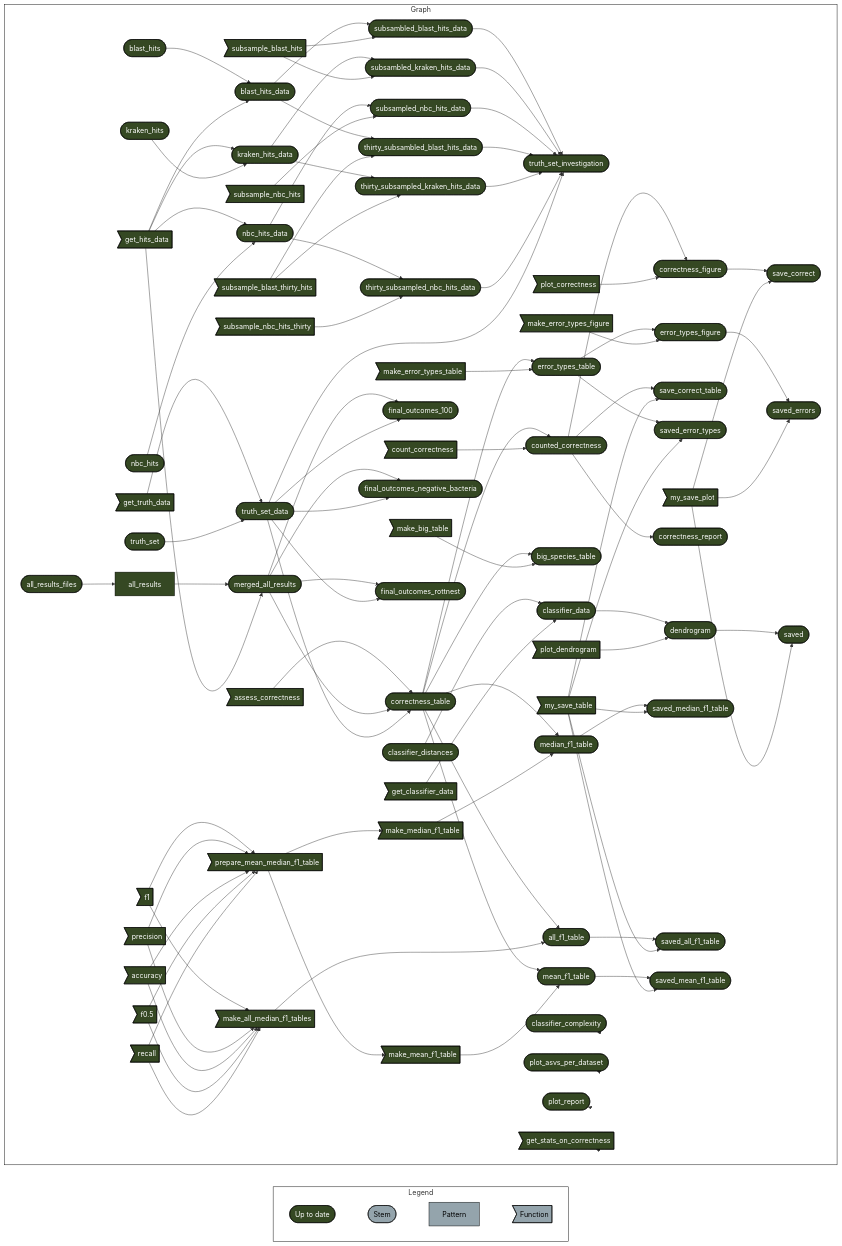
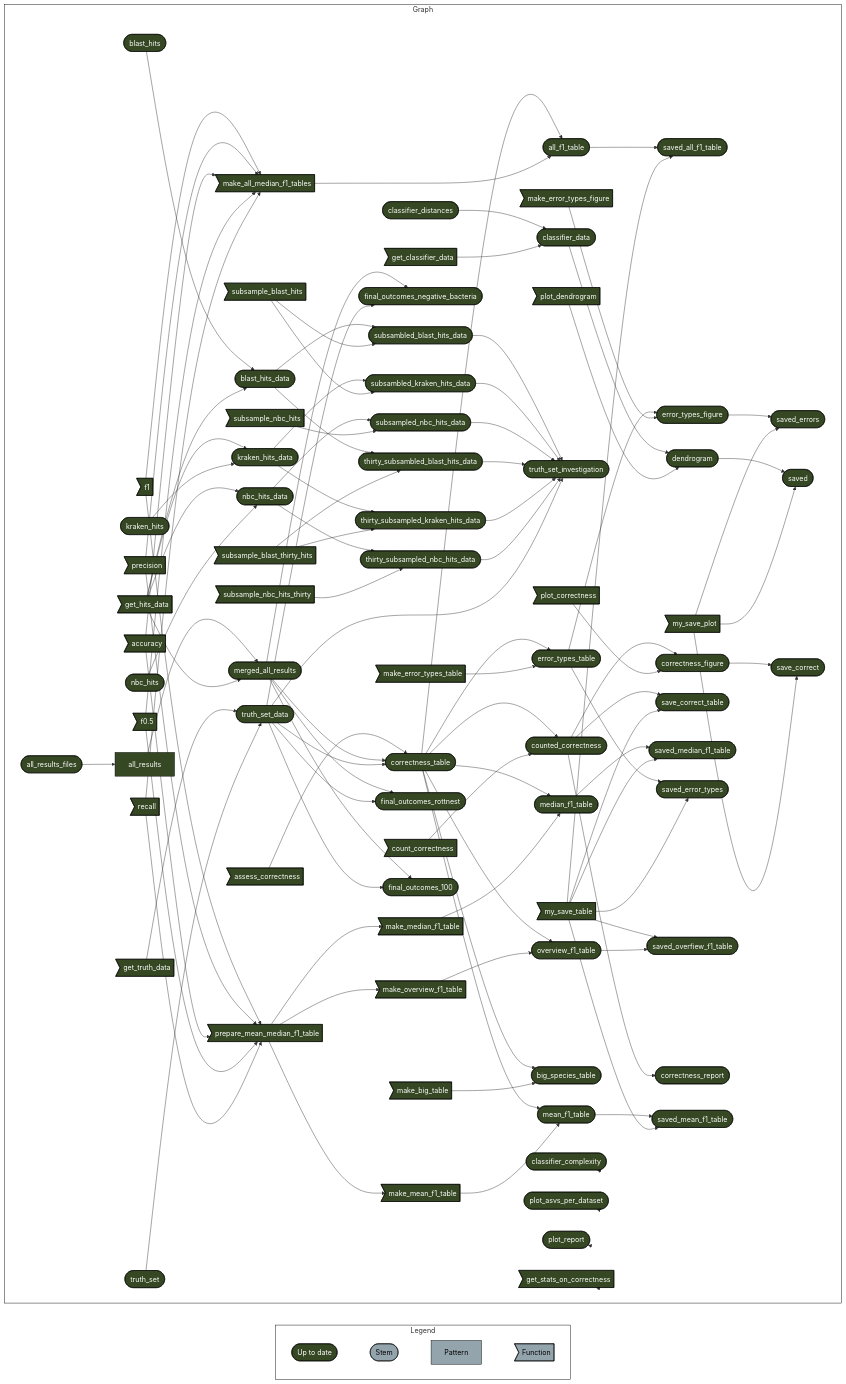
The diagram in README.md (Computational-Biology-OceanOmics/OceanOmics-classifier-comparison), drawn with Mermaid before and after one commit. The commit also changed other lines of this file and 17 other files, not shown here.

````diff
--- a/README.md
+++ b/README.md
@@ -75,7 +76,31 @@
     x47d805de93d2f724>"recall"]:::uptodate --> x226a5ee01d1e3334>"prepare_mean_median_f1_table"]:::uptodate
     x47d805de93d2f724>"recall"]:::uptodate --> xcb93849922a59cf2>"make_all_median_f1_tables"]:::uptodate
     x226a5ee01d1e3334>"prepare_mean_median_f1_table"]:::uptodate --> xa437480d714ce9cc>"make_median_f1_table"]:::uptodate
+    x226a5ee01d1e3334>"prepare_mean_median_f1_table"]:::uptodate --> xe200c5d5f45846d3>"make_overview_f1_table"]:::uptodate
     x226a5ee01d1e3334>"prepare_mean_median_f1_table"]:::uptodate --> xa8d8eda9356629b2>"make_mean_f1_table"]:::uptodate
+    x92e63fc22641faa5(["merged_all_results"]):::uptodate --> xf37c16a7303abc16(["final_outcomes_negative_bacteria"]):::uptodate
+    xbdd42ceae2a54d2c(["truth_set_data"]):::uptodate --> xf37c16a7303abc16(["final_outcomes_negative_bacteria"]):::uptodate
+    xf2c68c9c4c5bbbc3(["classifier_distances"]):::uptodate --> x4cbe0500373226c1(["classifier_data"]):::uptodate
+    x8279777903f3f13d>"get_classifier_data"]:::uptodate --> x4cbe0500373226c1(["classifier_data"]):::uptodate
+    xe9d8f2de59f79fa1(["blast_hits_data"]):::uptodate --> xf80ecf3117225a62(["thirty_subsambled_blast_hits_data"]):::uptodate
+    x1f8a2aa3facf1873>"subsample_blast_thirty_hits"]:::uptodate --> xf80ecf3117225a62(["thirty_subsambled_blast_hits_data"]):::uptodate
+    x5f73e2549f58db1c(["correctness_table"]):::uptodate --> xdd2be6b5e9cf648e(["all_f1_table"]):::uptodate
+    xcb93849922a59cf2>"make_all_median_f1_tables"]:::uptodate --> xdd2be6b5e9cf648e(["all_f1_table"]):::uptodate
+    x42612793169637e0(["nbc_hits_data"]):::uptodate --> xcc0ae95627a4c782(["subsampled_nbc_hits_data"]):::uptodate
+    x7cb45ddc20e499f4>"subsample_nbc_hits"]:::uptodate --> xcc0ae95627a4c782(["subsampled_nbc_hits_data"]):::uptodate
+    x837f996ab35491da>"get_hits_data"]:::uptodate --> x9024d58abea360f6(["kraken_hits_data"]):::uptodate
+    xc4cff7b61e825181(["kraken_hits"]):::uptodate --> x9024d58abea360f6(["kraken_hits_data"]):::uptodate
+    x5f73e2549f58db1c(["correctness_table"]):::uptodate --> x85e99da81e7f8576(["overview_f1_table"]):::uptodate
+    xe200c5d5f45846d3>"make_overview_f1_table"]:::uptodate --> x85e99da81e7f8576(["overview_f1_table"]):::uptodate
+    x9024d58abea360f6(["kraken_hits_data"]):::uptodate --> x9f533bb9ed6cc0bf(["thirty_subsampled_kraken_hits_data"]):::uptodate
+    x1f8a2aa3facf1873>"subsample_blast_thirty_hits"]:::uptodate --> x9f533bb9ed6cc0bf(["thirty_subsampled_kraken_hits_data"]):::uptodate
+    x62f627c2bcc7f4a3>"assess_correctness"]:::uptodate --> x5f73e2549f58db1c(["correctness_table"]):::uptodate
+    x92e63fc22641faa5(["merged_all_results"]):::uptodate --> x5f73e2549f58db1c(["correctness_table"]):::uptodate
+    xbdd42ceae2a54d2c(["truth_set_data"]):::uptodate --> x5f73e2549f58db1c(["correctness_table"]):::uptodate
+    xdd2be6b5e9cf648e(["all_f1_table"]):::uptodate --> x546082feab63db27(["saved_all_f1_table"]):::uptodate
+    x7c6dfc5f483b8518>"my_save_table"]:::uptodate --> x546082feab63db27(["saved_all_f1_table"]):::uptodate
+    x42612793169637e0(["nbc_hits_data"]):::uptodate --> x25ebbc9fc53b1418(["thirty_subsampled_nbc_hits_data"]):::uptodate
+    x476c8f557e2b0910>"subsample_nbc_hits_thirty"]:::uptodate --> x25ebbc9fc53b1418(["thirty_subsampled_nbc_hits_data"]):::uptodate
     x7477a20106b865a4(["subsambled_blast_hits_data"]):::uptodate --> xc7b5a37005176fd4(["truth_set_investigation"]):::uptodate
     xc4269aa5995e6a3f(["subsambled_kraken_hits_data"]):::uptodate --> xc7b5a37005176fd4(["truth_set_investigation"]):::uptodate
     xcc0ae95627a4c782(["subsampled_nbc_hits_data"]):::uptodate --> xc7b5a37005176fd4(["truth_set_investigation"]):::uptodate
@@ -83,75 +108,56 @@
     x9f533bb9ed6cc0bf(["thirty_subsampled_kraken_hits_data"]):::uptodate --> xc7b5a37005176fd4(["truth_set_investigation"]):::uptodate
     x25ebbc9fc53b1418(["thirty_subsampled_nbc_hits_data"]):::uptodate --> xc7b5a37005176fd4(["truth_set_investigation"]):::uptodate
     xbdd42ceae2a54d2c(["truth_set_data"]):::uptodate --> xc7b5a37005176fd4(["truth_set_investigation"]):::uptodate
-    xe9d8f2de59f79fa1(["blast_hits_data"]):::uptodate --> x7477a20106b865a4(["subsambled_blast_hits_data"]):::uptodate
-    xa731a5475c946be2>"subsample_blast_hits"]:::uptodate --> x7477a20106b865a4(["subsambled_blast_hits_data"]):::uptodate
-    x2ff9bf2efd8ea8fa(["all_results_files"]):::uptodate --> xa63f30966279f049["all_results"]:::uptodate
-    x92e63fc22641faa5(["merged_all_results"]):::uptodate --> x4c3c668f02e94ea5(["final_outcomes_100"]):::uptodate
-    xbdd42ceae2a54d2c(["truth_set_data"]):::uptodate --> x4c3c668f02e94ea5(["final_outcomes_100"]):::uptodate
+    xca66a2548aec4c6b(["error_types_figure"]):::uptodate --> x10a7fb6eb6bfb12a(["saved_errors"]):::uptodate
+    x063d54dad6ed438a>"my_save_plot"]:::uptodate --> x10a7fb6eb6bfb12a(["saved_errors"]):::uptodate
+    x0fe0b162e5f2d977(["counted_correctness"]):::uptodate --> x8c50ad78daae7d7d(["correctness_figure"]):::uptodate
+    x5071aff9d46fc375>"plot_correctness"]:::uptodate --> x8c50ad78daae7d7d(["correctness_figure"]):::uptodate
+    xa63f30966279f049["all_results"]:::uptodate --> x92e63fc22641faa5(["merged_all_results"]):::uptodate
+    x837f996ab35491da>"get_hits_data"]:::uptodate --> x92e63fc22641faa5(["merged_all_results"]):::uptodate
+    x544a22aeaed1b2e4>"get_truth_data"]:::uptodate --> xbdd42ceae2a54d2c(["truth_set_data"]):::uptodate
+    x70199d3b1152e374(["truth_set"]):::uptodate --> xbdd42ceae2a54d2c(["truth_set_data"]):::uptodate
+    x264c7e682ec442b2(["dendrogram"]):::uptodate --> xaf4a1b2829040c15(["saved"]):::uptodate
+    x063d54dad6ed438a>"my_save_plot"]:::uptodate --> xaf4a1b2829040c15(["saved"]):::uptodate
+    x92e63fc22641faa5(["merged_all_results"]):::uptodate --> xb55a8ff957ab9650(["final_outcomes_rottnest"]):::uptodate
+    xbdd42ceae2a54d2c(["truth_set_data"]):::uptodate --> xb55a8ff957ab9650(["final_outcomes_rottnest"]):::uptodate
     xc65a25d9d96e8f7c(["blast_hits"]):::uptodate --> xe9d8f2de59f79fa1(["blast_hits_data"]):::uptodate
     x837f996ab35491da>"get_hits_data"]:::uptodate --> xe9d8f2de59f79fa1(["blast_hits_data"]):::uptodate
+    x0fe0b162e5f2d977(["counted_correctness"]):::uptodate --> x378df8f1e0d25e26(["save_correct_table"]):::uptodate
+    x7c6dfc5f483b8518>"my_save_table"]:::uptodate --> x378df8f1e0d25e26(["save_correct_table"]):::uptodate
+    x70622bc5282148b6(["median_f1_table"]):::uptodate --> xa9d595dde94cca52(["saved_median_f1_table"]):::uptodate
+    x7c6dfc5f483b8518>"my_save_table"]:::uptodate --> xa9d595dde94cca52(["saved_median_f1_table"]):::uptodate
+    x4c833e115353960c(["error_types_table"]):::uptodate --> xcc0a806ae560c099(["saved_error_types"]):::uptodate
+    x7c6dfc5f483b8518>"my_save_table"]:::uptodate --> xcc0a806ae560c099(["saved_error_types"]):::uptodate
     x5f73e2549f58db1c(["correctness_table"]):::uptodate --> x70622bc5282148b6(["median_f1_table"]):::uptodate
     xa437480d714ce9cc>"make_median_f1_table"]:::uptodate --> x70622bc5282148b6(["median_f1_table"]):::uptodate
     x837f996ab35491da>"get_hits_data"]:::uptodate --> x42612793169637e0(["nbc_hits_data"]):::uptodate
     x5117ea88dbd5add2(["nbc_hits"]):::uptodate --> x42612793169637e0(["nbc_hits_data"]):::uptodate
-    x92e63fc22641faa5(["merged_all_results"]):::uptodate --> xf37c16a7303abc16(["final_outcomes_negative_bacteria"]):::uptodate
-    xbdd42ceae2a54d2c(["truth_set_data"]):::uptodate --> xf37c16a7303abc16(["final_outcomes_negative_bacteria"]):::uptodate
+    x9024d58abea360f6(["kraken_hits_data"]):::uptodate --> xc4269aa5995e6a3f(["subsambled_kraken_hits_data"]):::uptodate
+    xa731a5475c946be2>"subsample_blast_hits"]:::uptodate --> xc4269aa5995e6a3f(["subsambled_kraken_hits_data"]):::uptodate
+    x2ff9bf2efd8ea8fa(["all_results_files"]):::uptodate --> xa63f30966279f049["all_results"]:::uptodate
+    x5f73e2549f58db1c(["correctness_table"]):::uptodate --> xfa1577f5d32df900(["mean_f1_table"]):::uptodate
+    xa8d8eda9356629b2>"make_mean_f1_table"]:::uptodate --> xfa1577f5d32df900(["mean_f1_table"]):::uptodate
+    x7c6dfc5f483b8518>"my_save_table"]:::uptodate --> xff3167e163a38079(["saved_overfiew_f1_table"]):::uptodate
+    x85e99da81e7f8576(["overview_f1_table"]):::uptodate --> xff3167e163a38079(["saved_overfiew_f1_table"]):::uptodate
+    xe9d8f2de59f79fa1(["blast_hits_data"]):::uptodate --> x7477a20106b865a4(["subsambled_blast_hits_data"]):::uptodate
+    xa731a5475c946be2>"subsample_blast_hits"]:::uptodate --> x7477a20106b865a4(["subsambled_blast_hits_data"]):::uptodate
+    x5f73e2549f58db1c(["correctness_table"]):::uptodate --> x0fe0b162e5f2d977(["counted_correctness"]):::uptodate
+    x057c70bd2d39499f>"count_correctness"]:::uptodate --> x0fe0b162e5f2d977(["counted_correctness"]):::uptodate
+    x92e63fc22641faa5(["merged_all_results"]):::uptodate --> x4c3c668f02e94ea5(["final_outcomes_100"]):::uptodate
+    xbdd42ceae2a54d2c(["truth_set_data"]):::uptodate --> x4c3c668f02e94ea5(["final_outcomes_100"]):::uptodate
     x5f73e2549f58db1c(["correctness_table"]):::uptodate --> x4c833e115353960c(["error_types_table"]):::uptodate
     xb05f917768a3a00b>"make_error_types_table"]:::uptodate --> x4c833e115353960c(["error_types_table"]):::uptodate
+    x4c833e115353960c(["error_types_table"]):::uptodate --> xca66a2548aec4c6b(["error_types_figure"]):::uptodate
+    x5b31c06096fd55a4>"make_error_types_figure"]:::uptodate --> xca66a2548aec4c6b(["error_types_figure"]):::uptodate
+    x0fe0b162e5f2d977(["counted_correctness"]):::uptodate --> x74212a93ce53aa32(["correctness_report"]):::uptodate
     x8c50ad78daae7d7d(["correctness_figure"]):::uptodate --> x962124a214cc566f(["save_correct"]):::uptodate
     x063d54dad6ed438a>"my_save_plot"]:::uptodate --> x962124a214cc566f(["save_correct"]):::uptodate
-    xa63f30966279f049["all_results"]:::uptodate --> x92e63fc22641faa5(["merged_all_results"]):::uptodate
-    x837f996ab35491da>"get_hits_data"]:::uptodate --> x92e63fc22641faa5(["merged_all_results"]):::uptodate
-    x92e63fc22641faa5(["merged_all_results"]):::uptodate --> xb55a8ff957ab9650(["final_outcomes_rottnest"]):::uptodate
-    xbdd42ceae2a54d2c(["truth_set_data"]):::uptodate --> xb55a8ff957ab9650(["final_outcomes_rottnest"]):::uptodate
-    x5f73e2549f58db1c(["correctness_table"]):::uptodate --> xfa1577f5d32df900(["mean_f1_table"]):::uptodate
-    xa8d8eda9356629b2>"make_mean_f1_table"]:::uptodate --> xfa1577f5d32df900(["mean_f1_table"]):::uptodate
-    x5f73e2549f58db1c(["correctness_table"]):::uptodate --> x0fe0b162e5f2d977(["counted_correctness"]):::uptodate
-    x057c70bd2d39499f>"count_correctness"]:::uptodate --> x0fe0b162e5f2d977(["counted_correctness"]):::uptodate
     x5f73e2549f58db1c(["correctness_table"]):::uptodate --> x6b25831f1b56a7e8(["big_species_table"]):::uptodate
     xbb97e5fbae12b8d4>"make_big_table"]:::uptodate --> x6b25831f1b56a7e8(["big_species_table"]):::uptodate
-    x42612793169637e0(["nbc_hits_data"]):::uptodate --> x25ebbc9fc53b1418(["thirty_subsampled_nbc_hits_data"]):::uptodate
-    x476c8f557e2b0910>"subsample_nbc_hits_thirty"]:::uptodate --> x25ebbc9fc53b1418(["thirty_subsampled_nbc_hits_data"]):::uptodate
-    x544a22aeaed1b2e4>"get_truth_data"]:::uptodate --> xbdd42ceae2a54d2c(["truth_set_data"]):::uptodate
-    x70199d3b1152e374(["truth_set"]):::uptodate --> xbdd42ceae2a54d2c(["truth_set_data"]):::uptodate
-    x0fe0b162e5f2d977(["counted_correctness"]):::uptodate --> x378df8f1e0d25e26(["save_correct_table"]):::uptodate
-    x7c6dfc5f483b8518>"my_save_table"]:::uptodate --> x378df8f1e0d25e26(["save_correct_table"]):::uptodate
-    x837f996ab35491da>"get_hits_data"]:::uptodate --> x9024d58abea360f6(["kraken_hits_data"]):::uptodate
-    xc4cff7b61e825181(["kraken_hits"]):::uptodate --> x9024d58abea360f6(["kraken_hits_data"]):::uptodate
-    x4c833e115353960c(["error_types_table"]):::uptodate --> xcc0a806ae560c099(["saved_error_types"]):::uptodate
-    x7c6dfc5f483b8518>"my_save_table"]:::uptodate --> xcc0a806ae560c099(["saved_error_types"]):::uptodate
-    x62f627c2bcc7f4a3>"assess_correctness"]:::uptodate --> x5f73e2549f58db1c(["correctness_table"]):::uptodate
-    x92e63fc22641faa5(["merged_all_results"]):::uptodate --> x5f73e2549f58db1c(["correctness_table"]):::uptodate
-    xbdd42ceae2a54d2c(["truth_set_data"]):::uptodate --> x5f73e2549f58db1c(["correctness_table"]):::uptodate
-    xca66a2548aec4c6b(["error_types_figure"]):::uptodate --> x10a7fb6eb6bfb12a(["saved_errors"]):::uptodate
-    x063d54dad6ed438a>"my_save_plot"]:::uptodate --> x10a7fb6eb6bfb12a(["saved_errors"]):::uptodate
-    xf2c68c9c4c5bbbc3(["classifier_distances"]):::uptodate --> x4cbe0500373226c1(["classifier_data"]):::uptodate
-    x8279777903f3f13d>"get_classifier_data"]:::uptodate --> x4cbe0500373226c1(["classifier_data"]):::uptodate
-    x9024d58abea360f6(["kraken_hits_data"]):::uptodate --> x9f533bb9ed6cc0bf(["thirty_subsampled_kraken_hits_data"]):::uptodate
-    x1f8a2aa3facf1873>"subsample_blast_thirty_hits"]:::uptodate --> x9f533bb9ed6cc0bf(["thirty_subsampled_kraken_hits_data"]):::uptodate
-    x0fe0b162e5f2d977(["counted_correctness"]):::uptodate --> x74212a93ce53aa32(["correctness_report"]):::uptodate
-    x264c7e682ec442b2(["dendrogram"]):::uptodate --> xaf4a1b2829040c15(["saved"]):::uptodate
-    x063d54dad6ed438a>"my_save_plot"]:::uptodate --> xaf4a1b2829040c15(["saved"]):::uptodate
-    xe9d8f2de59f79fa1(["blast_hits_data"]):::uptodate --> xf80ecf3117225a62(["thirty_subsambled_blast_hits_data"]):::uptodate
-    x1f8a2aa3facf1873>"subsample_blast_thirty_hits"]:::uptodate --> xf80ecf3117225a62(["thirty_subsambled_blast_hits_data"]):::uptodate
-    x9024d58abea360f6(["kraken_hits_data"]):::uptodate --> xc4269aa5995e6a3f(["subsambled_kraken_hits_data"]):::uptodate
-    xa731a5475c946be2>"subsample_blast_hits"]:::uptodate --> xc4269aa5995e6a3f(["subsambled_kraken_hits_data"]):::uptodate
-    x0fe0b162e5f2d977(["counted_correctness"]):::uptodate --> x8c50ad78daae7d7d(["correctness_figure"]):::uptodate
-    x5071aff9d46fc375>"plot_correctness"]:::uptodate --> x8c50ad78daae7d7d(["correctness_figure"]):::uptodate
-    x4c833e115353960c(["error_types_table"]):::uptodate --> xca66a2548aec4c6b(["error_types_figure"]):::uptodate
-    x5b31c06096fd55a4>"make_error_types_figure"]:::uptodate --> xca66a2548aec4c6b(["error_types_figure"]):::uptodate
-    x42612793169637e0(["nbc_hits_data"]):::uptodate --> xcc0ae95627a4c782(["subsampled_nbc_hits_data"]):::uptodate
-    x7cb45ddc20e499f4>"subsample_nbc_hits"]:::uptodate --> xcc0ae95627a4c782(["subsampled_nbc_hits_data"]):::uptodate
-    x5f73e2549f58db1c(["correctness_table"]):::uptodate --> xdd2be6b5e9cf648e(["all_f1_table"]):::uptodate
-    xcb93849922a59cf2>"make_all_median_f1_tables"]:::uptodate --> xdd2be6b5e9cf648e(["all_f1_table"]):::uptodate
-    x70622bc5282148b6(["median_f1_table"]):::uptodate --> xa9d595dde94cca52(["saved_median_f1_table"]):::uptodate
-    x7c6dfc5f483b8518>"my_save_table"]:::uptodate --> xa9d595dde94cca52(["saved_median_f1_table"]):::uptodate
-    xdd2be6b5e9cf648e(["all_f1_table"]):::uptodate --> x546082feab63db27(["saved_all_f1_table"]):::uptodate
-    x7c6dfc5f483b8518>"my_save_table"]:::uptodate --> x546082feab63db27(["saved_all_f1_table"]):::uptodate
+    xfa1577f5d32df900(["mean_f1_table"]):::uptodate --> x9f2fe98d5fbf15c0(["saved_mean_f1_table"]):::uptodate
+    x7c6dfc5f483b8518>"my_save_table"]:::uptodate --> x9f2fe98d5fbf15c0(["saved_mean_f1_table"]):::uptodate
     x4cbe0500373226c1(["classifier_data"]):::uptodate --> x264c7e682ec442b2(["dendrogram"]):::uptodate
     x994946b41121bfa6>"plot_dendrogram"]:::uptodate --> x264c7e682ec442b2(["dendrogram"]):::uptodate
-    xfa1577f5d32df900(["mean_f1_table"]):::uptodate --> x9f2fe98d5fbf15c0(["saved_mean_f1_table"]):::uptodate
-    x7c6dfc5f483b8518>"my_save_table"]:::uptodate --> x9f2fe98d5fbf15c0(["saved_mean_f1_table"]):::uptodate
     x801b32f234e20cdc(["classifier_complexity"]):::uptodate --> x801b32f234e20cdc(["classifier_complexity"]):::uptodate
     xe40955de534d0cf1(["plot_asvs_per_dataset"]):::uptodate --> xe40955de534d0cf1(["plot_asvs_per_dataset"]):::uptodate
     xbf5ac67708da2696(["plot_report"]):::uptodate --> xbf5ac67708da2696(["plot_report"]):::uptodate
@@ -162,8 +168,8 @@
   linkStyle 0 stroke-width:0px;
   linkStyle 1 stroke-width:0px;
   linkStyle 2 stroke-width:0px;
-  linkStyle 91 stroke-width:0px;
-  linkStyle 92 stroke-width:0px;
-  linkStyle 93 stroke-width:0px;
-  linkStyle 94 stroke-width:0px;
+  linkStyle 96 stroke-width:0px;
+  linkStyle 97 stroke-width:0px;
+  linkStyle 98 stroke-width:0px;
+  linkStyle 99 stroke-width:0px;
 ```
````
